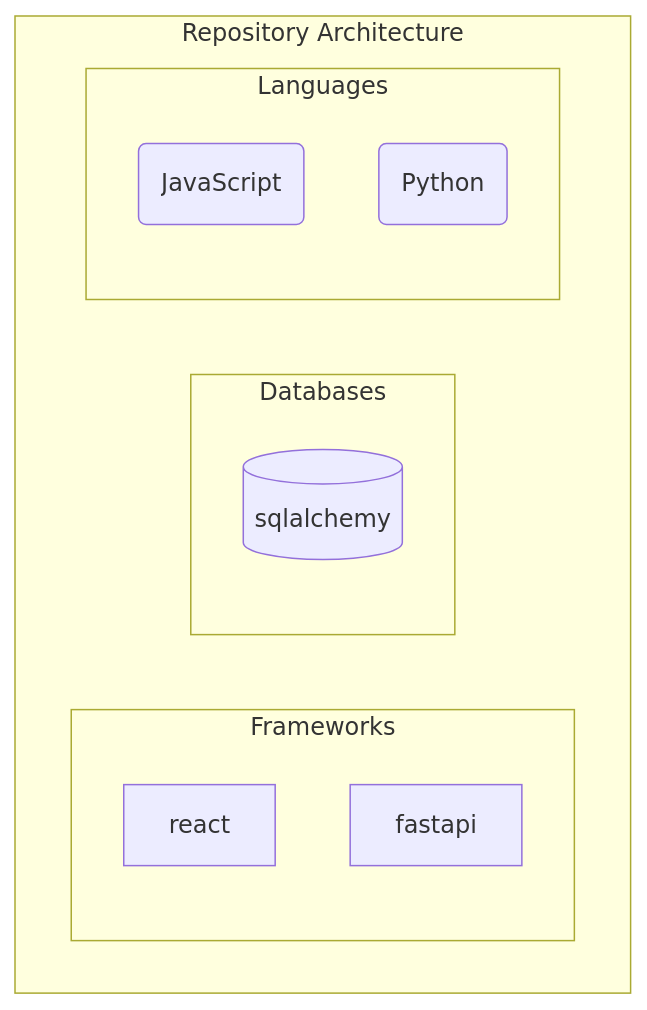
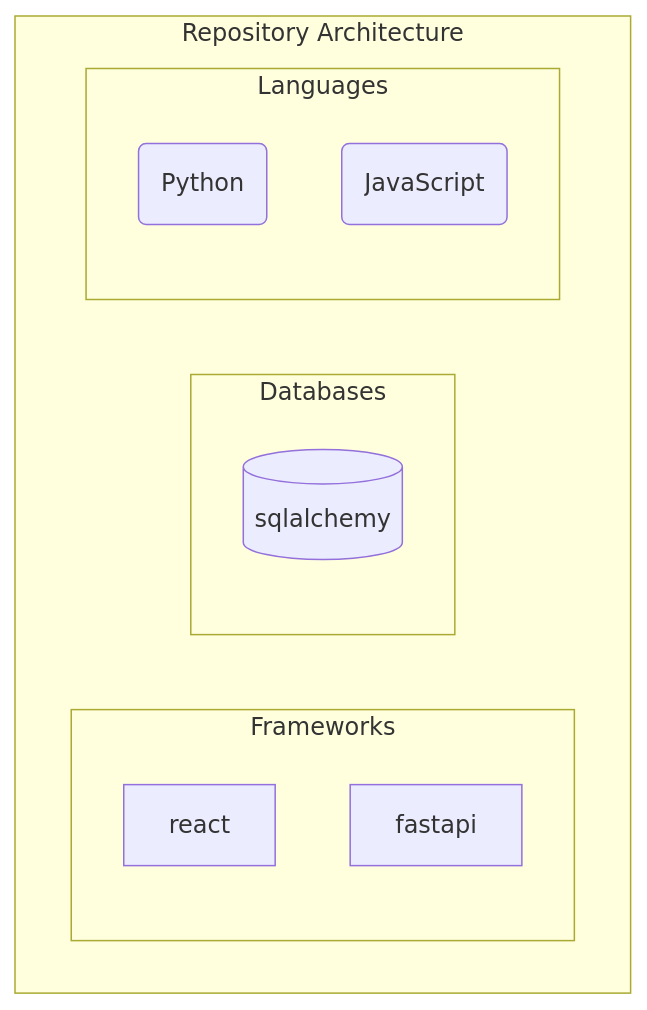
The first of 2 diagrams in README.md (NITISH-R-G/INFOSYS-SPRINGBOARD), drawn with Mermaid before and after one commit. The commit also changed 3 other files, not shown here.

Commit message:
docs: auto-update repository documentation and graphs

````diff
--- a/README.md
+++ b/README.md
@@ -20,16 +20,16 @@
 ```mermaid
 graph TD
     subgraph Repository Architecture
         subgraph Frameworks
             F0[react]
             F1[fastapi]
         end
         subgraph Databases
             D0[(sqlalchemy)]
         end
         subgraph Languages
-            L0(JavaScript)
-            L1(Python)
+            L0(Python)
+            L1(JavaScript)
         end
     end
 ```
````
